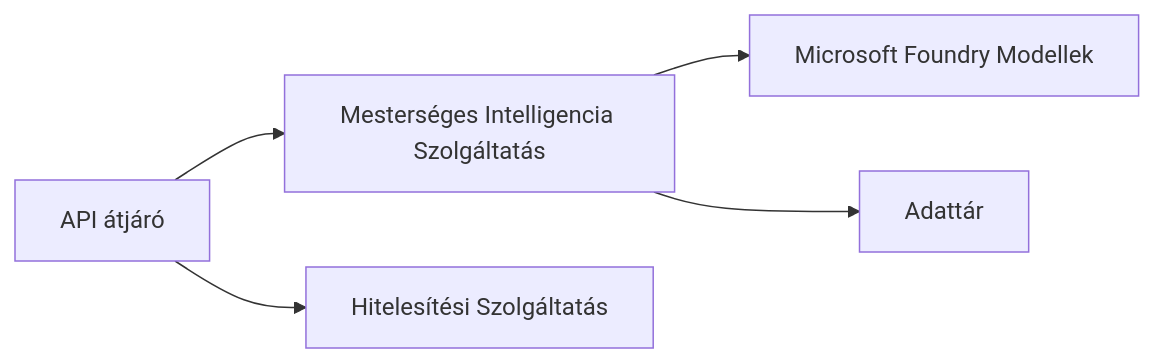
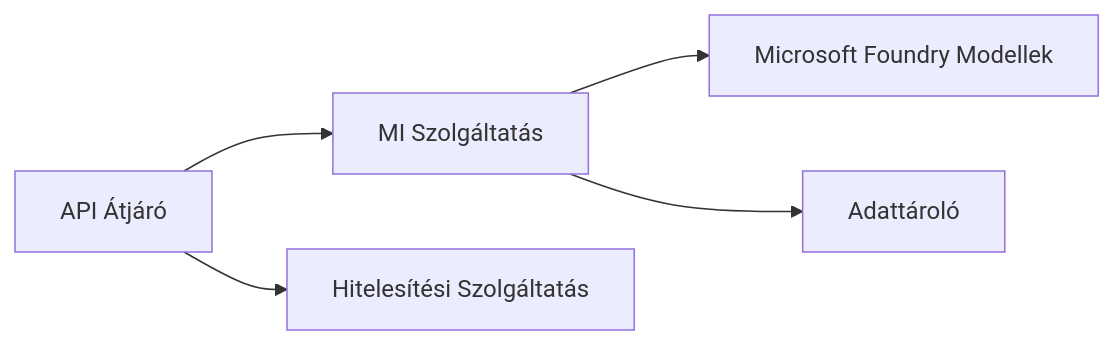
One commit to microsoft/AZD-for-beginners changed the first of 2 diagrams in translations/hu/docs/chapter-08-production/README.md. Above: the diagram before and after it, drawn with Mermaid. The commit also changed other lines of this file and 101 other files, not shown here.

````diff
--- a/translations/hu/docs/chapter-08-production/README.md
+++ b/translations/hu/docs/chapter-08-production/README.md
@@ -46,6 +48,6 @@
 ```mermaid
 graph LR
-    Gateway[API átjáró] --> AI[Mesterséges Intelligencia Szolgáltatás] --> Models[Microsoft Foundry Modellek]
+    Gateway[API Átjáró] --> AI[MI Szolgáltatás] --> Models[Microsoft Foundry Modellek]
     Gateway --> Auth[Hitelesítési Szolgáltatás]
-    AI --> Data[Adattár]
+    AI --> Data[Adattároló]
 ```
````
